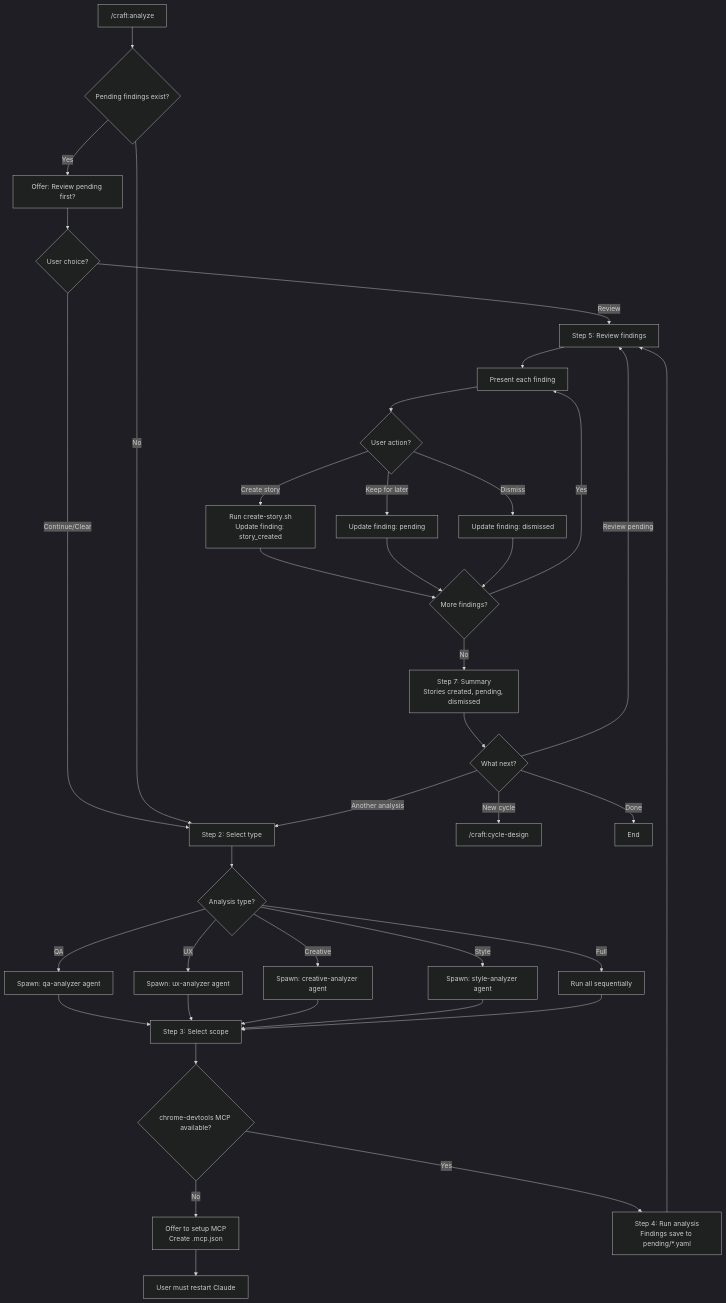
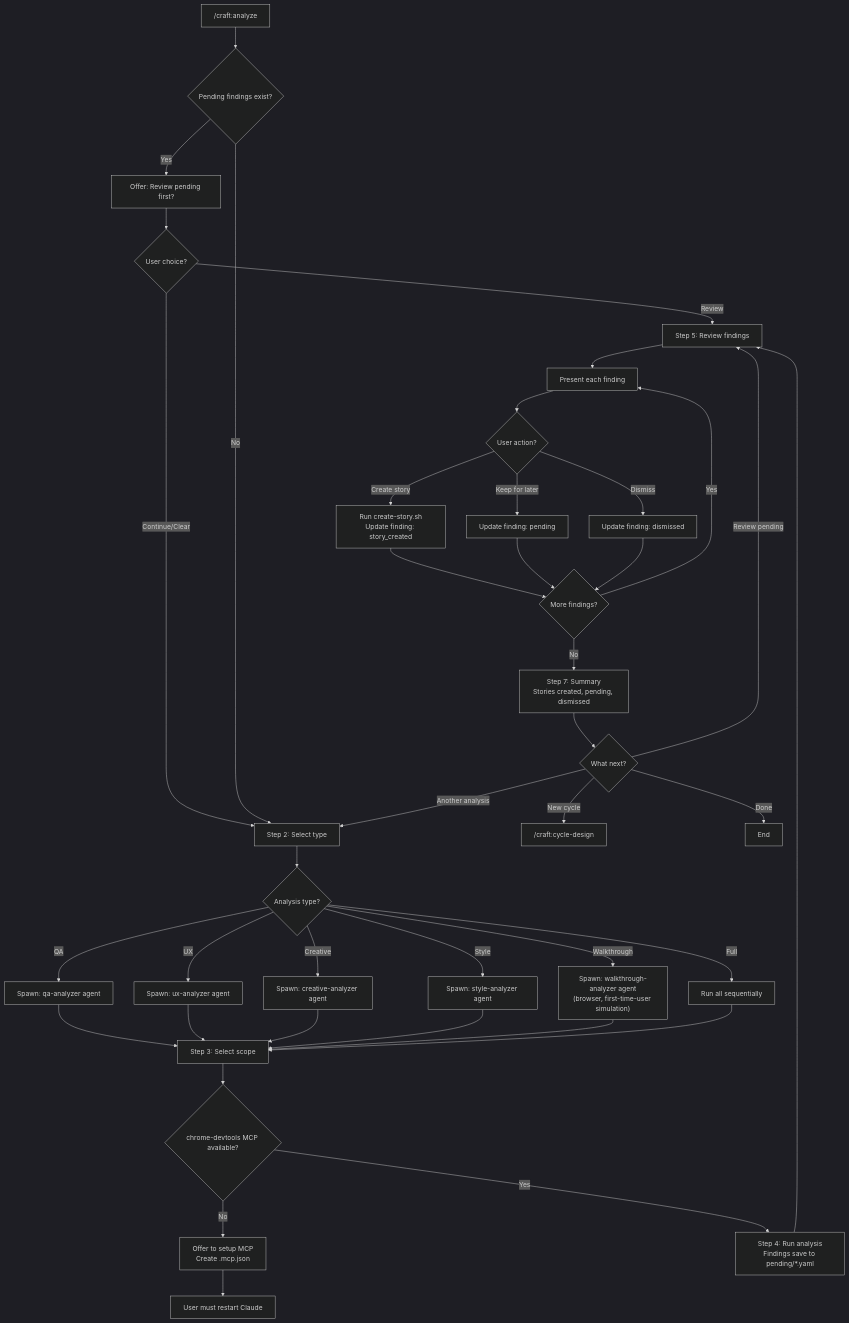
The eighth of 10 diagrams in reference/decision-tree.md (johan--/craft), drawn with Mermaid before and after one commit. The commit also changed other lines of this file and 1 other file, not shown here.

First line of the commit message:
docs: correct routing diagrams in decision tree reference

````diff
--- a/reference/decision-tree.md
+++ b/reference/decision-tree.md
@@ -366,55 +372,57 @@
 ```mermaid
 %%{init: {'theme': 'dark'}}%%
 flowchart TD
     ANALYZE["/craft:analyze"] --> CHECK_PENDING{"Pending findings exist?"}
 
     CHECK_PENDING -->|Yes| OFFER_REVIEW["Offer: Review pending first?"]
     OFFER_REVIEW --> REVIEW_CHOICE{"User choice?"}
     REVIEW_CHOICE -->|Review| JUMP_REVIEW["Jump to Step 5: Review"]
     REVIEW_CHOICE -->|Continue/Clear| SELECT_TYPE["Step 2: Select type"]
 
     CHECK_PENDING -->|No| SELECT_TYPE
 
     SELECT_TYPE --> TYPE{"Analysis type?"}
 
     TYPE -->|QA| QA["Spawn: qa-analyzer agent"]
     TYPE -->|UX| UX["Spawn: ux-analyzer agent"]
     TYPE -->|Creative| CREATIVE["Spawn: creative-analyzer agent"]
     TYPE -->|Style| STYLE["Spawn: style-analyzer agent"]
+    TYPE -->|Walkthrough| WALK["Spawn: walkthrough-analyzer agent<br/>(browser, first-time-user simulation)"]
     TYPE -->|Full| ALL["Run all sequentially"]
 
     QA --> SCOPE["Step 3: Select scope"]
     UX --> SCOPE
     CREATIVE --> SCOPE
     STYLE --> SCOPE
+    WALK --> SCOPE
     ALL --> SCOPE
 
     SCOPE --> CHECK_MCP{"chrome-devtools MCP available?"}
 
     CHECK_MCP -->|No| SETUP_MCP["Offer to setup MCP<br/>Create .mcp.json"]
     SETUP_MCP --> RESTART["User must restart Claude"]
 
     CHECK_MCP -->|Yes| RUN["Step 4: Run analysis<br/>Findings save to pending/*.yaml"]
 
     RUN --> JUMP_REVIEW["Step 5: Review findings"]
 
     JUMP_REVIEW --> FOR_FINDING["Present each finding"]
     FOR_FINDING --> ACTION{"User action?"}
 
     ACTION -->|"Create story"| CREATE_STORY["Run create-story.sh<br/>Update finding: story_created"]
     ACTION -->|"Keep for later"| KEEP["Update finding: pending"]
     ACTION -->|"Dismiss"| DISMISS["Update finding: dismissed"]
 
     CREATE_STORY --> MORE{"More findings?"}
     KEEP --> MORE
     DISMISS --> MORE
 
     MORE -->|Yes| FOR_FINDING
     MORE -->|No| SUMMARY["Step 7: Summary<br/>Stories created, pending, dismissed"]
 
     SUMMARY --> NEXT{"What next?"}
     NEXT -->|"Another analysis"| SELECT_TYPE
     NEXT -->|"Review pending"| JUMP_REVIEW
     NEXT -->|"New cycle"| ROUTE_CYCLE["/craft:cycle-design"]
     NEXT -->|"Done"| END["End"]
 ```
````
